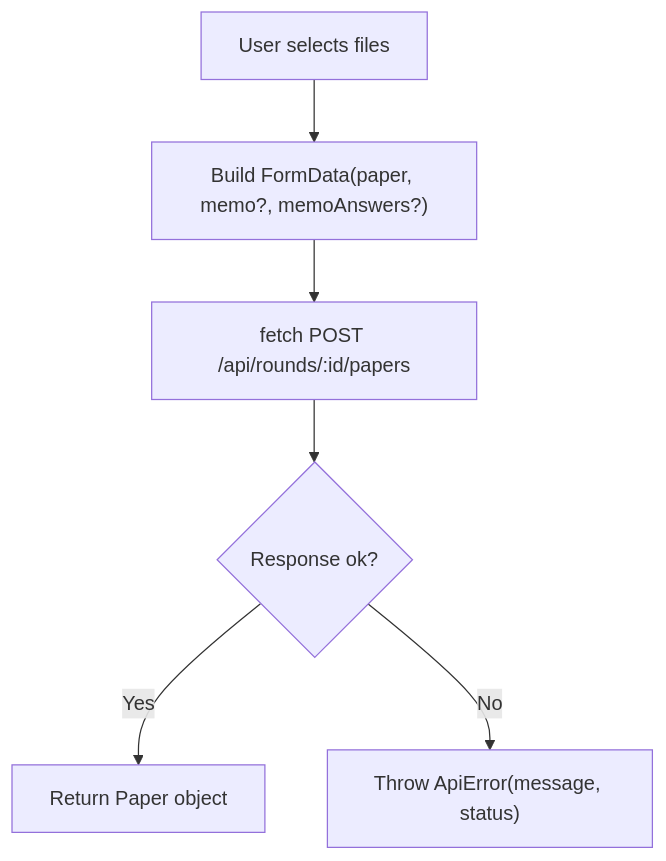
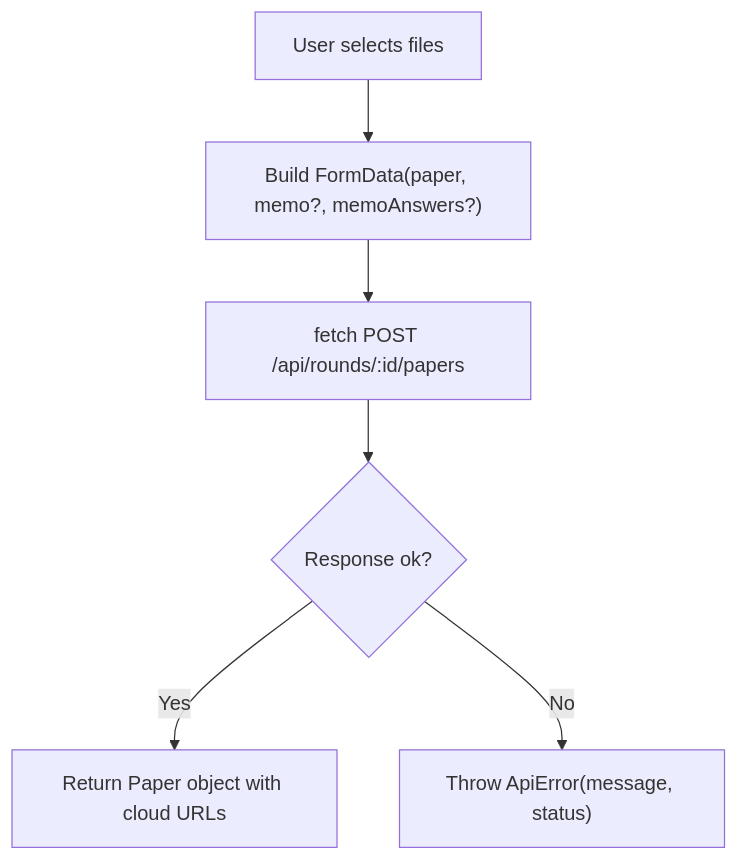
The sixth of 8 diagrams in .qoder/repowiki/en/content/Paper Distribution System/File Upload and Download.md (ZandileMkontwana/olympiad-portal), drawn with Mermaid before and after one commit. The commit also changed other lines of this file and 16 other files, not shown here.

````diff
--- a/.qoder/repowiki/en/content/Paper Distribution System/File Upload and Download.md
+++ b/.qoder/repowiki/en/content/Paper Distribution System/File Upload and Download.md
@@ -202,8 +213,8 @@
 ```mermaid
 flowchart TD
 A["User selects files"] --> B["Build FormData(paper, memo?, memoAnswers?)"]
 B --> C["fetch POST /api/rounds/:id/papers"]
 C --> D{"Response ok?"}
-D --> |Yes| E["Return Paper object"]
+D --> |Yes| E["Return Paper object with cloud URLs"]
 D --> |No| F["Throw ApiError(message, status)"]
 ```
````
